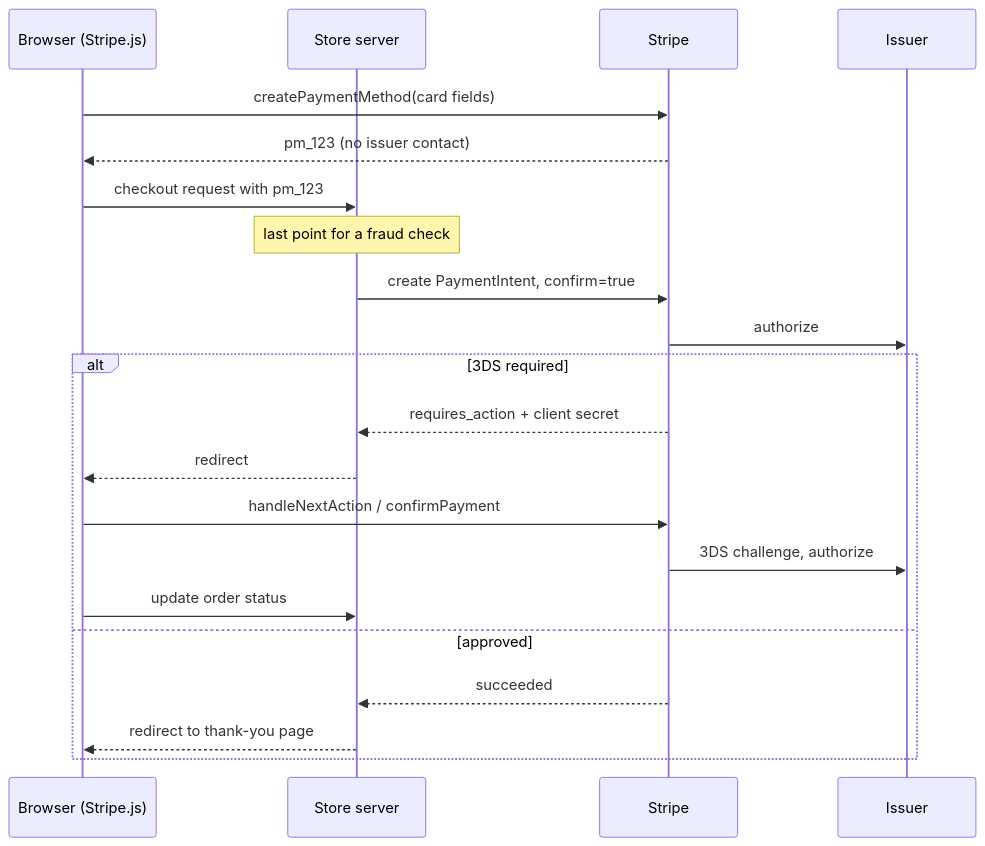
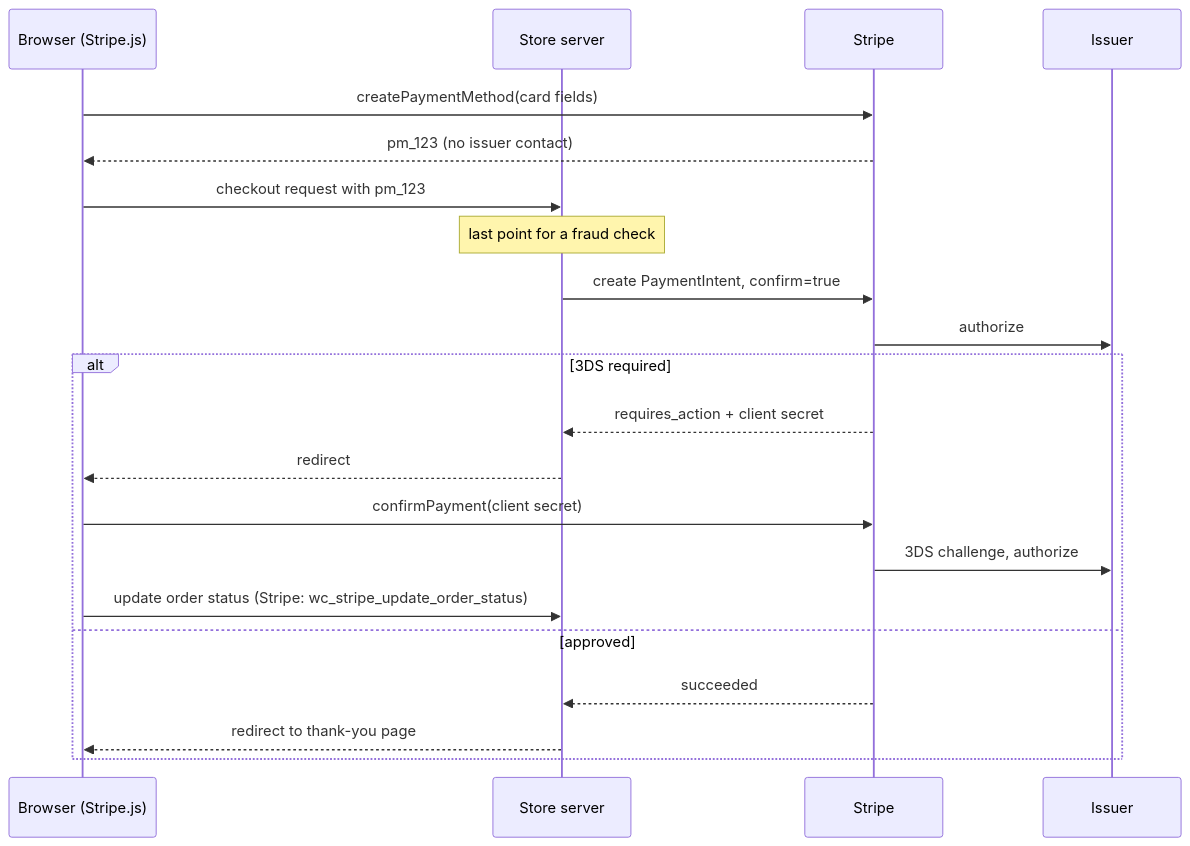
Before and after one commit to woocommerce/woocommerce-fraud-protection: the first of 3 diagrams in docs/tutorial/02-payment-gateways.md, drawn with Mermaid. The commit also changed other lines of this file and 3 other files, not shown here.

````diff
--- a/docs/tutorial/02-payment-gateways.md
+++ b/docs/tutorial/02-payment-gateways.md
@@ -149,24 +149,24 @@
 ```mermaid
 sequenceDiagram
     participant B as Browser (Stripe.js)
     participant S as Store server
     participant St as Stripe
     participant I as Issuer
 
     B->>St: createPaymentMethod(card fields)
     St-->>B: pm_123 (no issuer contact)
     B->>S: checkout request with pm_123
     Note over S: last point for a fraud check
     S->>St: create PaymentIntent, confirm=true
     St->>I: authorize
     alt 3DS required
         St-->>S: requires_action + client secret
         S-->>B: redirect #...confirm-pi:...:client_secret
-        B->>St: handleNextAction / confirmPayment
+        B->>St: confirmPayment(client secret)
         St->>I: 3DS challenge, authorize
-        B->>S: update order status
+        B->>S: update order status (Stripe: wc_stripe_update_order_status)
     else approved
         St-->>S: succeeded
         S-->>B: redirect to thank-you page
     end
 ```
````
